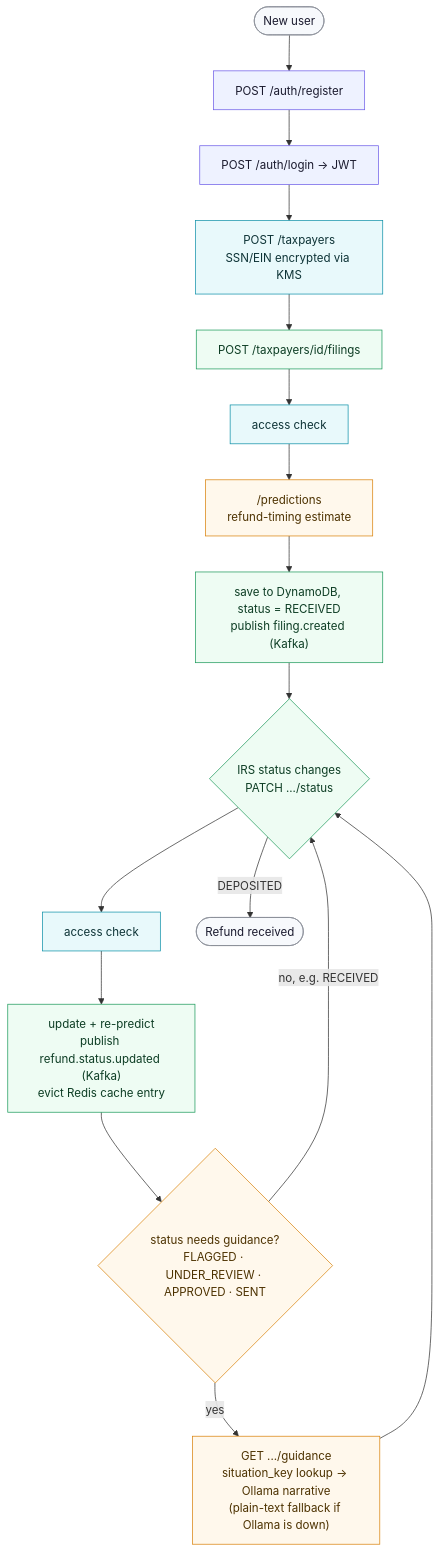
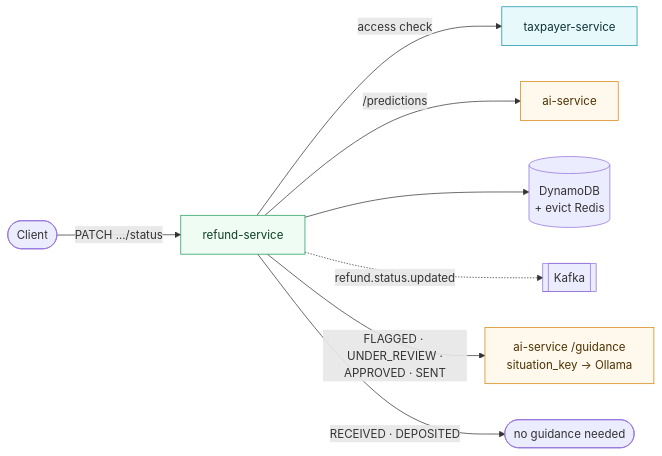
The fifth of 5 diagrams in README.md (Thangaprabhu/turbotax-refund-service), drawn with Mermaid before and after one commit. The commit also changed other lines of this file, not shown here.

First line of the commit message:
Split the end-to-end flowchart into 5 separate per-step diagrams

````diff
--- a/README.md
+++ b/README.md
@@ -35,34 +92,16 @@
 ```mermaid
-flowchart TD
-    Start(["New user"]) --> Register["POST /auth/register"]
-    Register --> Login["POST /auth/login → JWT"]
-    Login --> CreateTaxpayer["POST /taxpayers<br/>SSN/EIN encrypted via KMS"]
-    CreateTaxpayer --> CreateFiling["POST /taxpayers/id/filings"]
-
-    CreateFiling --> CheckAccess1["access check"]
-    CheckAccess1 --> Predict1["/predictions<br/>refund-timing estimate"]
-    Predict1 --> SaveFiling["save to DynamoDB, status = RECEIVED<br/>publish filing.created (Kafka)"]
-
-    SaveFiling --> StatusLoop{"IRS status changes<br/>PATCH .../status"}
-    StatusLoop --> CheckAccess2["access check"]
-    CheckAccess2 --> UpdateStatus["update + re-predict<br/>publish refund.status.updated (Kafka)<br/>evict Redis cache entry"]
-
-    UpdateStatus --> NeedsGuidance{"status needs guidance?<br/>FLAGGED · UNDER_REVIEW · APPROVED · SENT"}
-    NeedsGuidance -->|"yes"| Guidance["GET .../guidance<br/>situation_key lookup → Ollama narrative<br/>(plain-text fallback if Ollama is down)"]
-    Guidance --> StatusLoop
-    NeedsGuidance -->|"no, e.g. RECEIVED"| StatusLoop
-
-    StatusLoop -->|"DEPOSITED"| Done(["Refund received"])
-
-    classDef auth fill:#eef2ff,stroke:#6d5ce8,color:#1a1a2e;
+flowchart LR
+    C(["Client"]) -->|"PATCH .../status"| R["refund-service"]
+    R -->|"access check"| T["taxpayer-service"]
+    R -->|"/predictions"| AI1["ai-service"]
+    R --> D[("DynamoDB<br/>+ evict Redis")]
+    R -.->|"refund.status.updated"| K[["Kafka"]]
+    R -->|"FLAGGED · UNDER_REVIEW ·<br/>APPROVED · SENT"| G["ai-service /guidance<br/>situation_key → Ollama"]
+    R -->|"RECEIVED · DEPOSITED"| N(["no guidance needed"])
+    classDef refund fill:#eefcf3,stroke:#1c9a5b,color:#0d3d24;
     classDef taxpayer fill:#e8f9fb,stroke:#0e91a8,color:#0d3336;
-    classDef refund fill:#eefcf3,stroke:#1c9a5b,color:#0d3d24;
     classDef ai fill:#fff8ec,stroke:#d9820b,color:#4d3200;
-    classDef neutral fill:#f7f9fc,stroke:#8b8f98,color:#1a1a2e;
-
-    class Register,Login auth;
-    class CreateTaxpayer,CheckAccess1,CheckAccess2 taxpayer;
-    class CreateFiling,SaveFiling,StatusLoop,UpdateStatus refund;
-    class Predict1,NeedsGuidance,Guidance ai;
-    class Start,Done neutral;
+    class R refund;
+    class T taxpayer;
+    class AI1,G ai;
 ```
````
